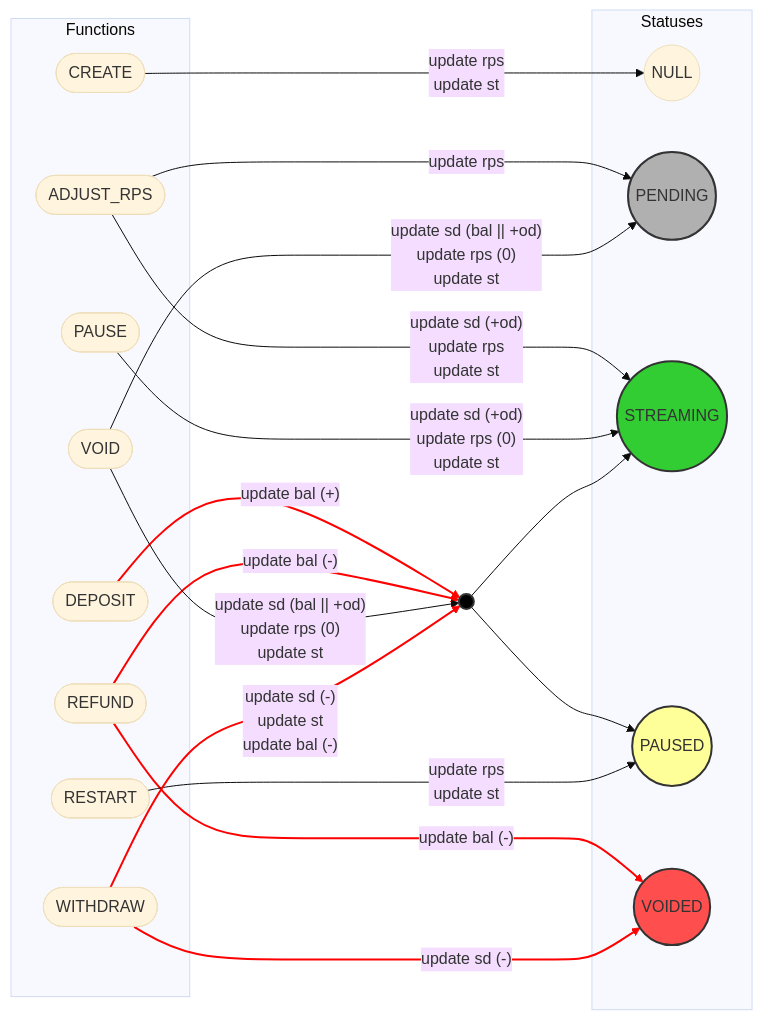
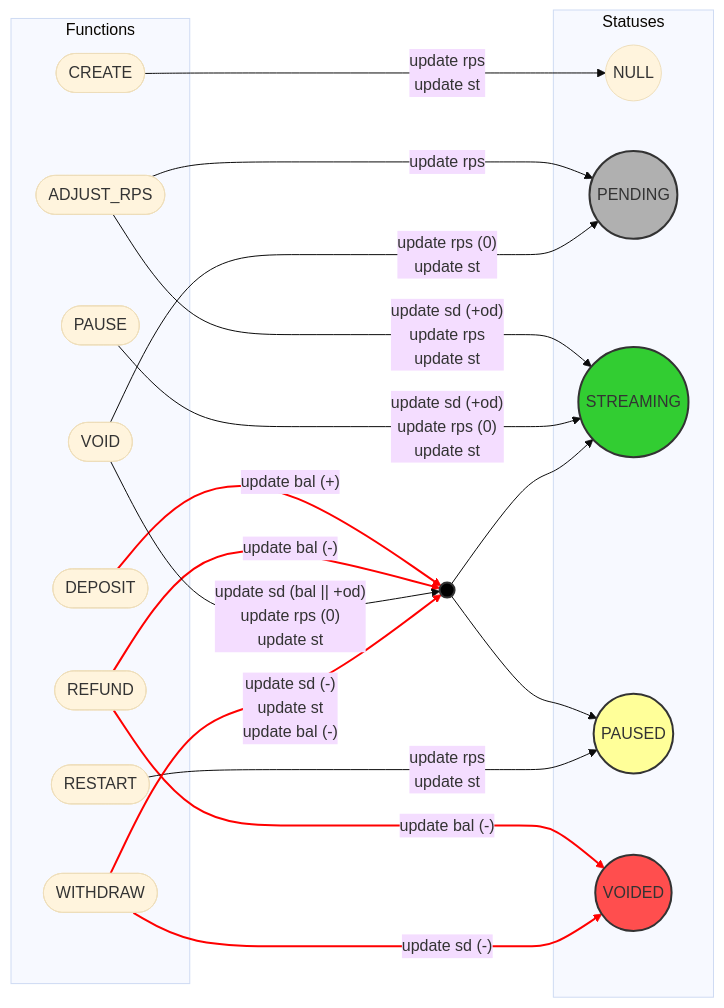
One commit to sablier-labs/flow changed the second of 8 diagrams in DIAGRAMS.md. Above: the diagram before and after it, drawn with Mermaid (base theme). The commit also changed 1 other file, not shown here.

Commit message:
refactor: re order _create params
docs: fix diagram

````diff
--- a/DIAGRAMS.md
+++ b/DIAGRAMS.md
@@ -81,54 +81,54 @@
 ```mermaid
 flowchart LR
     subgraph Statuses
         NULL((NULL))
         PND((PENDING)):::grey
         STR((STREAMING)):::green
         PSED((PAUSED)):::yellow
         VOID((VOIDED)):::red
     end
 
     subgraph Functions
         CR([CREATE])
         ADJRPS([ADJUST_RPS])
         DP([DEPOSIT])
         PS([PAUSE])
         RST([RESTART])
         VD([VOID])
         RFD([REFUND])
         WTD([WITHDRAW])
     end
 
     BOTH((  )):::black
 
 
     classDef black fill:#000000,stroke:#333,stroke-width:2px;
     classDef green fill:#32cd32,stroke:#333,stroke-width:2px;
     classDef grey fill:#b0b0b0,stroke:#333,stroke-width:2px;
     classDef yellow fill:#ffff99,stroke:#333,stroke-width:2px;
     classDef red fill:#ff4e4e,stroke:#333,stroke-width:2px;
 
     CR -- "update rps<br/>update st" --> NULL
 
     ADJRPS -- "update rps" --> PND
     ADJRPS -- "update sd (+od)<br/>update rps<br/>update st" -->  STR
 
     DP -- "update bal (+)" --> BOTH
 
     RFD -- "update bal (-)" --> BOTH
     RFD -- "update bal (-)" --> VOID
 
     PS -- "update sd (+od)<br/>update rps (0)<br/>update st" --> STR
 
     BOTH --> STR & PSED
 
     RST -- "update rps<br/>update st" --> PSED
 
-    VD -- "update sd (bal || +od)<br/>update rps (0)<br/>update st" --> PND
+    VD -- "update rps (0)<br/>update st" --> PND
     VD -- "update sd (bal || +od)<br/>update rps (0)<br/>update st" --> BOTH
 
     WTD -- "update sd (-)<br/>update st<br/>update bal (-)" --> BOTH
     WTD -- "update sd (-)" --> VOID
 
     linkStyle 3,4,5,12,13 stroke:#ff0000,stroke-width:2px
 ```
````
